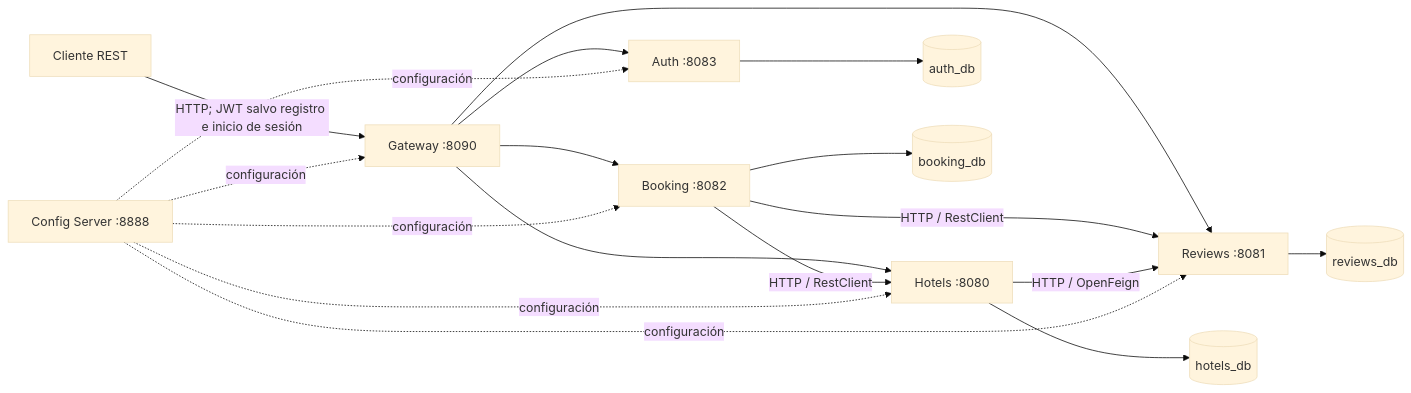
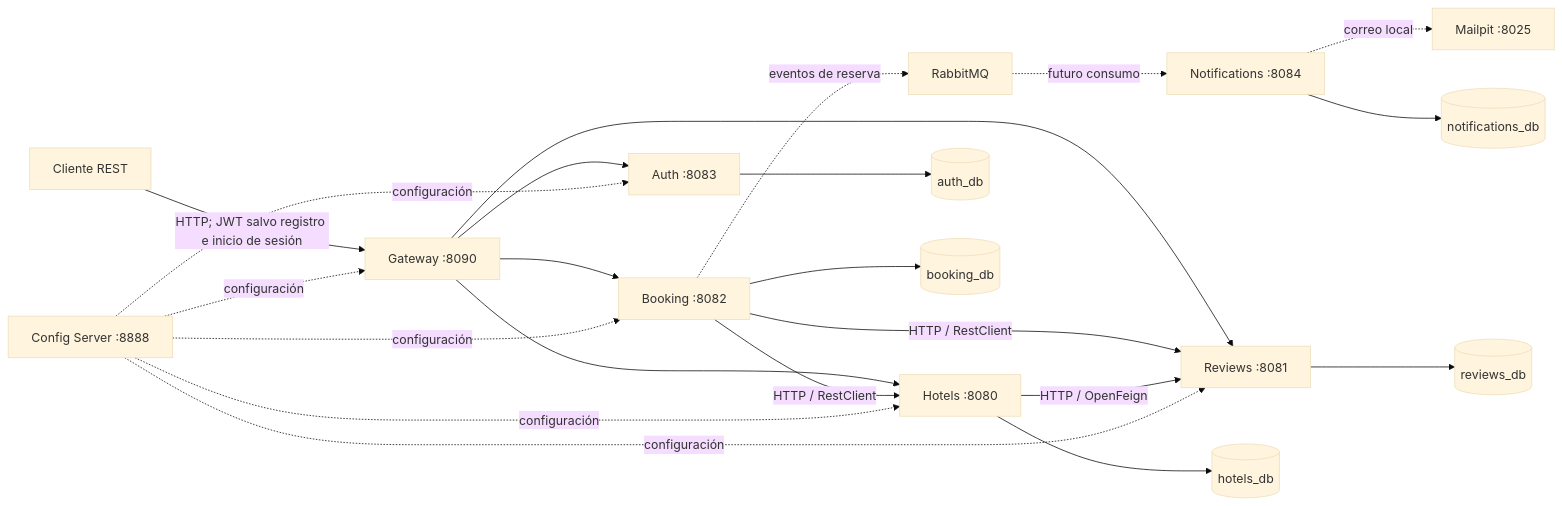
Before and after one commit to alexmruiz/staybook-microservices: the diagram in README.md, drawn with Mermaid (base theme). The commit also changed other lines of this file and 2 other files, not shown here.

Commit message:
feat: update README and architecture documentation for Notifications service and local infrastructure setup

````diff
--- a/README.md
+++ b/README.md
@@ -22,23 +23,27 @@
 ```mermaid
 flowchart LR
     Client[Cliente REST] -->|HTTP; JWT salvo registro e inicio de sesión| Gateway[Gateway :8090]
     Gateway --> Auth[Auth :8083]
     Gateway --> Hotels[Hotels :8080]
     Gateway --> Booking[Booking :8082]
     Gateway --> Reviews[Reviews :8081]
 
     Booking -->|HTTP / RestClient| Hotels
     Booking -->|HTTP / RestClient| Reviews
     Hotels -->|HTTP / OpenFeign| Reviews
+    Booking -. eventos de reserva .-> Rabbit[RabbitMQ]
+    Rabbit -. futuro consumo .-> Notifications[Notifications :8084]
+    Notifications --> NotificationsDB[(notifications_db)]
+    Notifications -. correo local .-> Mailpit[Mailpit :8025]
 
     Auth --> AuthDB[(auth_db)]
     Hotels --> HotelsDB[(hotels_db)]
     Booking --> BookingDB[(booking_db)]
     Reviews --> ReviewsDB[(reviews_db)]
 
     Config[Config Server :8888] -. configuración .-> Auth
     Config -. configuración .-> Hotels
     Config -. configuración .-> Booking
     Config -. configuración .-> Reviews
     Config -. configuración .-> Gateway
 ```
````
